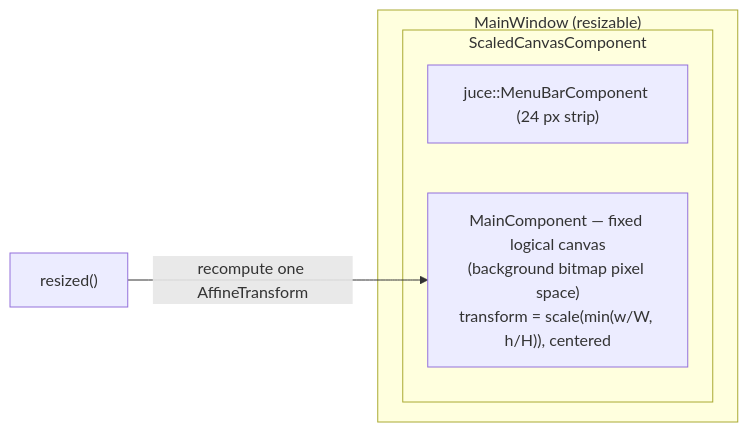
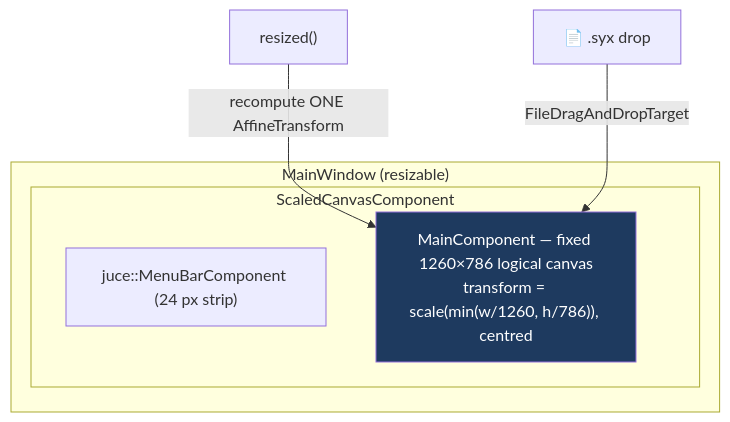
Before and after one commit to xplorer2716/XplorerEditor: the ninth of 18 diagrams in docs/architecture-analysis.md, drawn with Mermaid. The commit also changed other lines of this file, not shown here.

First line of the commit message:
Rewrite the architecture document as a standalone reference for the JUCE implementation

````diff
--- a/docs/architecture-analysis.md
+++ b/docs/architecture-analysis.md
@@ -264,10 +520,13 @@
 ```mermaid
-flowchart LR
-    subgraph Window ["MainWindow (resizable)"]
+flowchart TB
+    subgraph W ["MainWindow (resizable)"]
         subgraph SCC ["ScaledCanvasComponent"]
-            Menu["juce::MenuBarComponent (24 px strip)"]
-            Canvas["MainComponent — fixed logical canvas\n(background bitmap pixel space)\ntransform = scale(min(w/W, h/H)), centered"]
+            MB["juce::MenuBarComponent (24 px strip)"]
+            MC["MainComponent — fixed 1260×786 logical canvas<br/>transform = scale(min(w/1260, h/786)), centred"]
         end
     end
-    Resize["resized()"] -->|"recompute one AffineTransform"| Canvas
+    R["resized()"] -->|"recompute ONE AffineTransform"| MC
+    D["📄 .syx drop"] -->|FileDragAndDropTarget| MC
+
+    style MC fill:#1e3a5f,color:#fff
 ```
````
